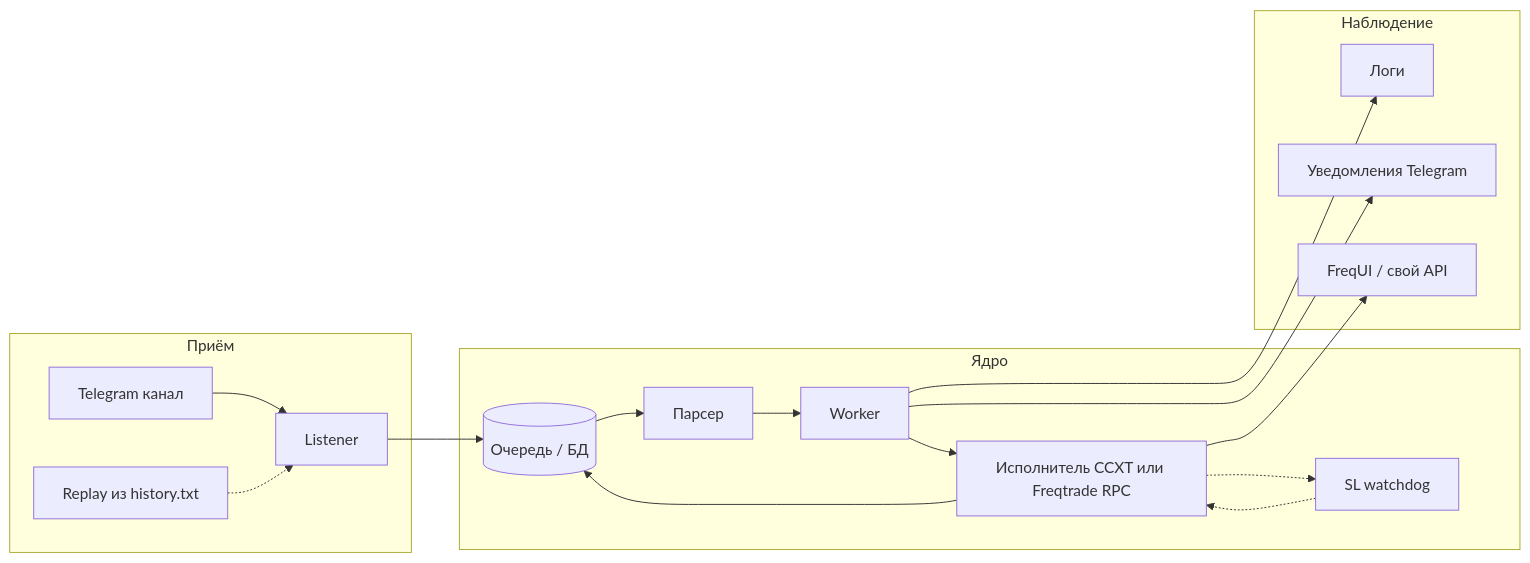
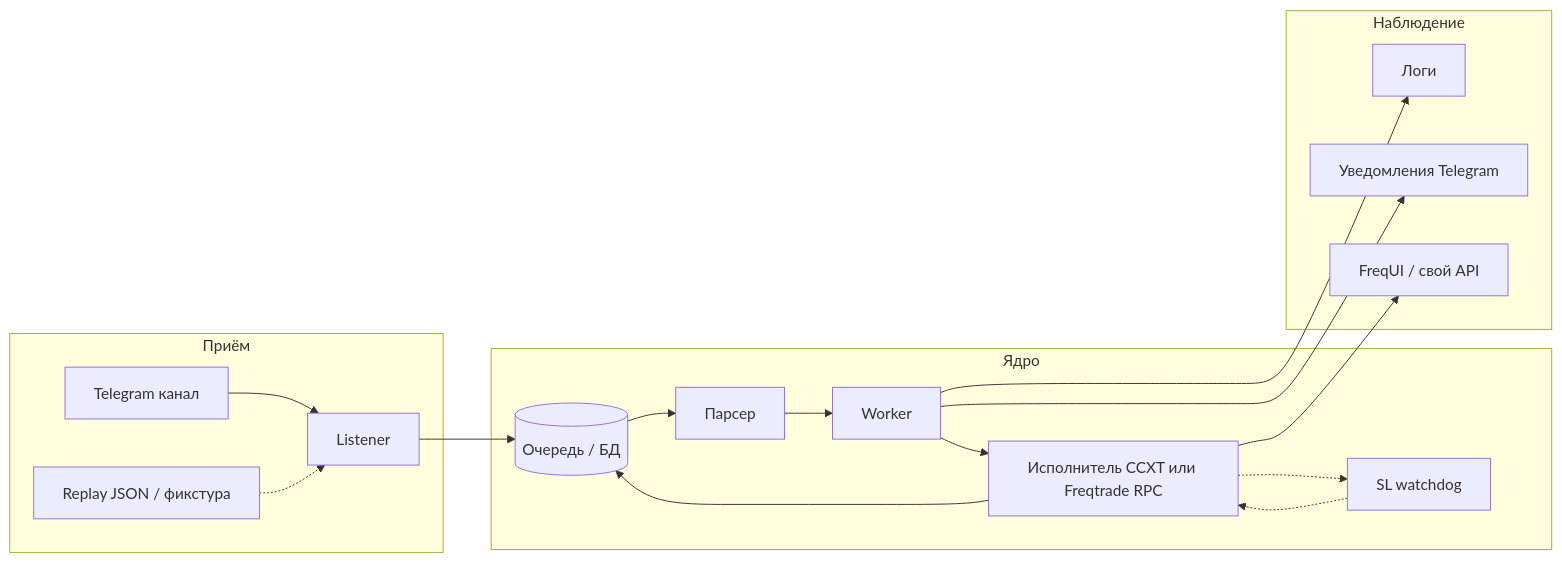
The diagram in docs/private/phase-c-signals-architecture.md (aabudeev/freqtrade), drawn with Mermaid before and after one commit. The commit also changed other lines of this file and 5 other files, not shown here.

````diff
--- a/docs/private/phase-c-signals-architecture.md
+++ b/docs/private/phase-c-signals-architecture.md
@@ -26,32 +28,32 @@
 ```mermaid
 flowchart LR
   subgraph ingest [Приём]
     TG[Telegram канал]
     L[Listener]
-    R[Replay из history.txt]
+    R[Replay JSON / фикстура]
   end
   subgraph core [Ядро]
     Q[(Очередь / БД)]
     P[Парсер]
     W[Worker]
     X[Исполнитель CCXT или Freqtrade RPC]
     WD[SL watchdog]
   end
   subgraph out [Наблюдение]
     LOG[Логи]
     N[Уведомления Telegram]
     WEB[FreqUI / свой API]
   end
   TG --> L
   R -.-> L
   L --> Q
   Q --> P
   P --> W
   W --> X
   X --> Q
   X -.-> WD
   WD -.-> X
   W --> N
   X --> WEB
   W --> LOG
 ```
````
